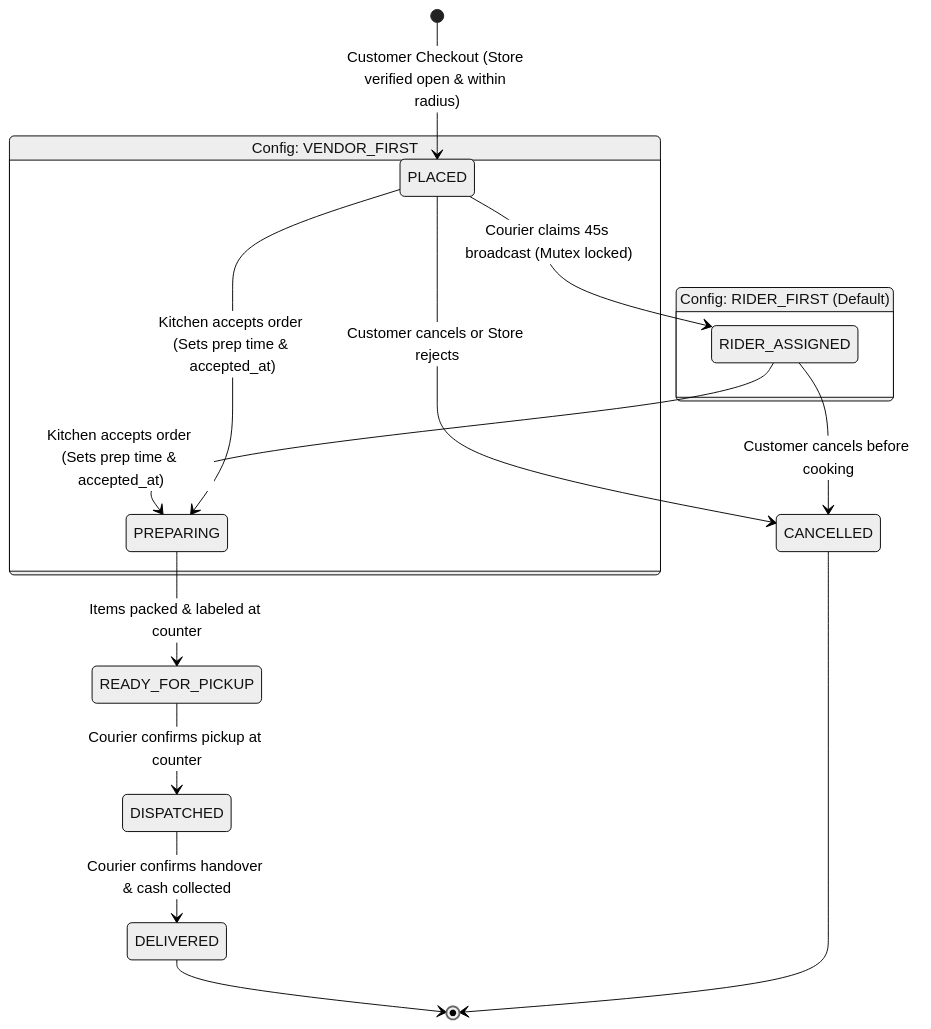
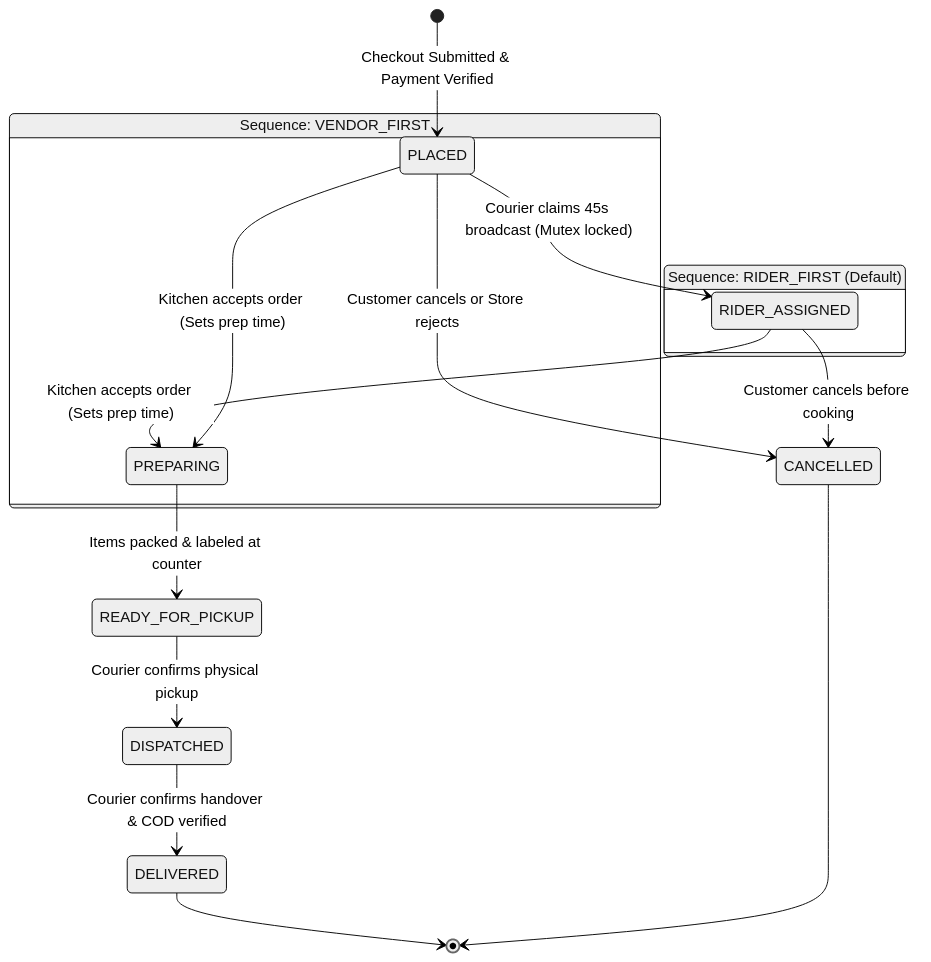
One commit to ihjohny/DeliveryOS changed the diagram in context_docs/technical-implementation-documents/05-order-state-machine-and-dispatch-engine.md. Above: the diagram before and after it, drawn with Mermaid (neutral theme). The commit also changed other lines of this file and 23 other files, not shown here.

````diff
--- a/context_docs/technical-implementation-documents/05-order-state-machine-and-dispatch-engine.md
+++ b/context_docs/technical-implementation-documents/05-order-state-machine-and-dispatch-engine.md
@@ -21,22 +19,22 @@
 ```mermaid
 stateDiagram-v2
-    [*] --> PLACED: Customer Checkout (Store verified open & within radius)
+    [*] --> PLACED: Checkout Submitted & Payment Verified
     
-    state "Config: RIDER_FIRST (Default)" as RiderFirstFlow {
+    state "Sequence: RIDER_FIRST (Default)" as RiderFirstFlow {
         PLACED --> RIDER_ASSIGNED: Courier claims 45s broadcast (Mutex locked)
-        RIDER_ASSIGNED --> PREPARING: Kitchen accepts order (Sets prep time & accepted_at)
+        RIDER_ASSIGNED --> PREPARING: Kitchen accepts order (Sets prep time)
     }
     
-    state "Config: VENDOR_FIRST" as VendorFirstFlow {
-        PLACED --> PREPARING: Kitchen accepts order (Sets prep time & accepted_at)
+    state "Sequence: VENDOR_FIRST" as VendorFirstFlow {
+        PLACED --> PREPARING: Kitchen accepts order (Sets prep time)
     }
 
     PLACED --> CANCELLED: Customer cancels or Store rejects
     RIDER_ASSIGNED --> CANCELLED: Customer cancels before cooking
     PREPARING --> READY_FOR_PICKUP: Items packed & labeled at counter
-    READY_FOR_PICKUP --> DISPATCHED: Courier confirms pickup at counter
-    DISPATCHED --> DELIVERED: Courier confirms handover & cash collected
+    READY_FOR_PICKUP --> DISPATCHED: Courier confirms physical pickup
+    DISPATCHED --> DELIVERED: Courier confirms handover & COD verified
     
     DELIVERED --> [*]
     CANCELLED --> [*]
 ```
````
